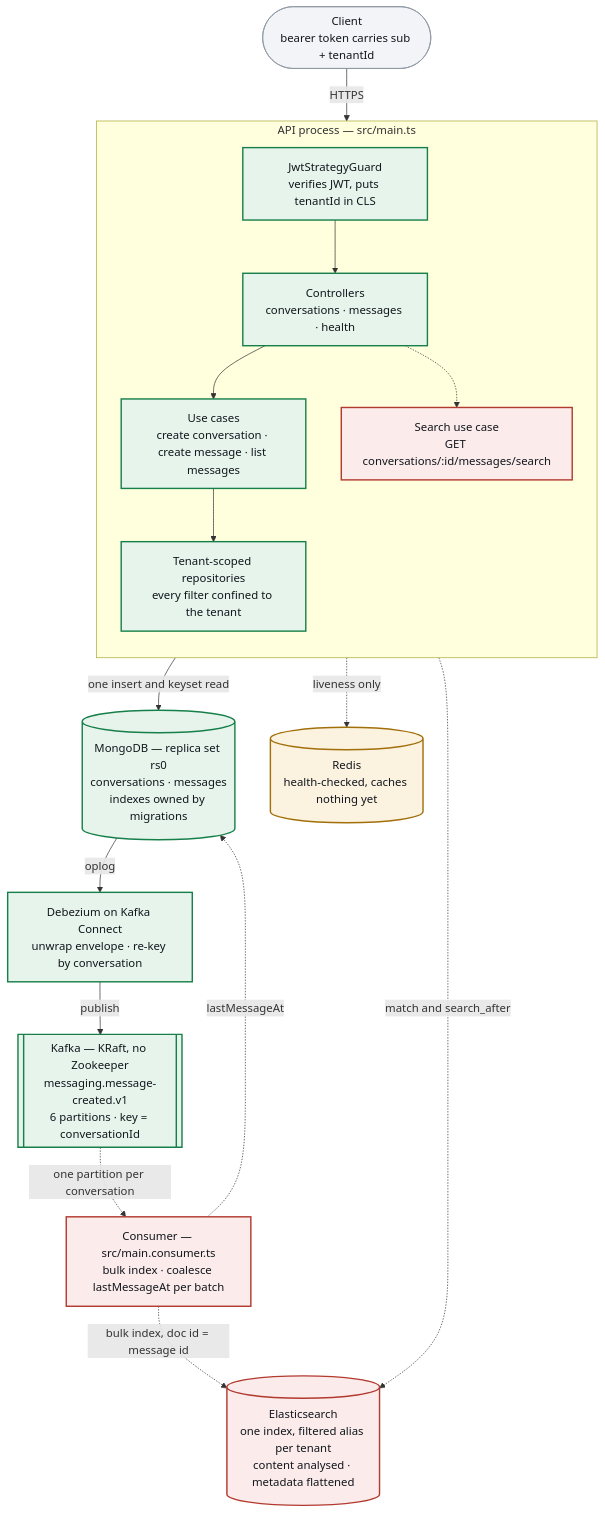
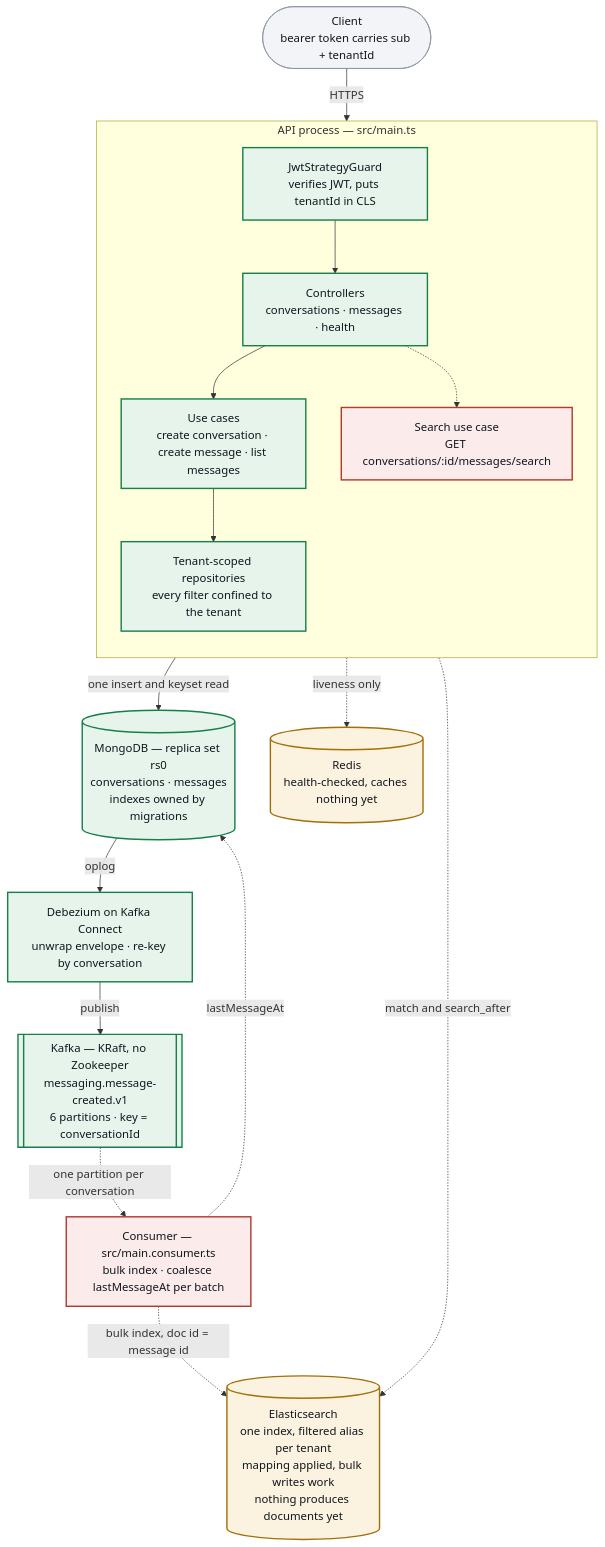
The diagram in docs/architecture.md (tiennguyen1203/tawkto-messaging), drawn with Mermaid before and after one commit. The commit also changed other lines of this file and 9 other files, not shown here.

Commit message:
feat: implement es MessageSearchIndex with tenant-supported

````diff
--- a/docs/architecture.md
+++ b/docs/architecture.md
@@ -12,44 +12,44 @@
 ```mermaid
 flowchart TD
     client(["Client<br/>bearer token carries sub + tenantId"])
 
     subgraph api["API process — src/main.ts"]
         direction TB
         guard["JwtStrategyGuard<br/>verifies JWT, puts tenantId in CLS"]
         ctl["Controllers<br/>conversations · messages · health"]
         uc["Use cases<br/>create conversation · create message · list messages"]
         repo["Tenant-scoped repositories<br/>every filter confined to the tenant"]
         searchuc["Search use case<br/>GET conversations/:id/messages/search"]
     end
 
     mongo[("MongoDB — replica set rs0<br/>conversations · messages<br/>indexes owned by migrations")]
     redis[("Redis<br/>health-checked, caches nothing yet")]
     dbz["Debezium on Kafka Connect<br/>unwrap envelope · re-key by conversation"]
     kafka[["Kafka — KRaft, no Zookeeper<br/>messaging.message-created.v1<br/>6 partitions · key = conversationId"]]
     consumer["Consumer — src/main.consumer.ts<br/>bulk index · coalesce lastMessageAt per batch"]
-    es[("Elasticsearch<br/>one index, filtered alias per tenant<br/>content analysed · metadata flattened")]
+    es[("Elasticsearch<br/>one index, filtered alias per tenant<br/>mapping applied, bulk writes work<br/>nothing produces documents yet")]
 
     client -->|HTTPS| guard
     guard --> ctl
     ctl --> uc
     uc --> repo
     repo -->|one insert and keyset read| mongo
     repo -.->|liveness only| redis
     mongo -->|oplog| dbz
     dbz -->|publish| kafka
     kafka -.->|one partition per conversation| consumer
     consumer -.->|bulk index, doc id = message id| es
     consumer -.->|lastMessageAt| mongo
     ctl -.-> searchuc
     searchuc -.->|match and search_after| es
 
     classDef done fill:#e7f4ec,stroke:#17804a,stroke-width:2px,color:#11161d
     classDef wip fill:#fbf2df,stroke:#a2700a,stroke-width:2px,color:#11161d
     classDef todo fill:#fbeceb,stroke:#b23a2f,stroke-width:2px,color:#11161d
     classDef plain fill:#f2f4f7,stroke:#8b95a1,stroke-width:1px,color:#11161d
 
     class client plain
     class guard,ctl,uc,repo,mongo,dbz,kafka done
-    class redis wip
-    class consumer,es,searchuc todo
+    class redis,es wip
+    class consumer,searchuc todo
 ```
````
